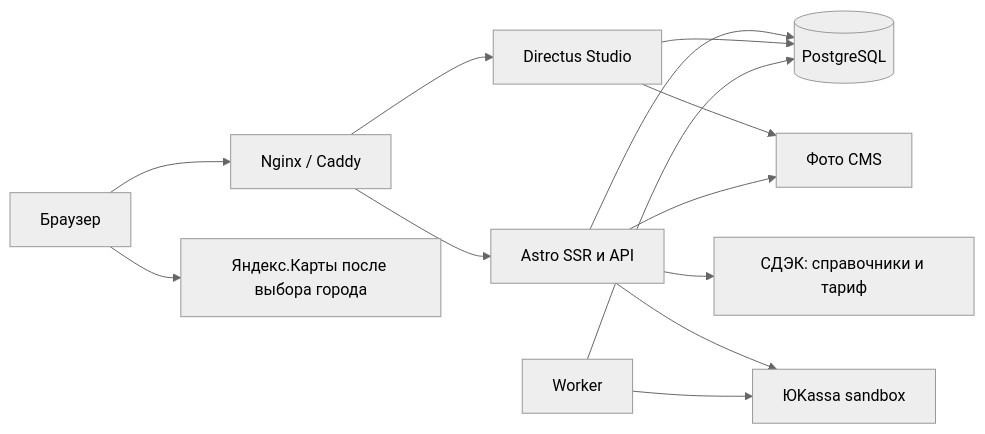
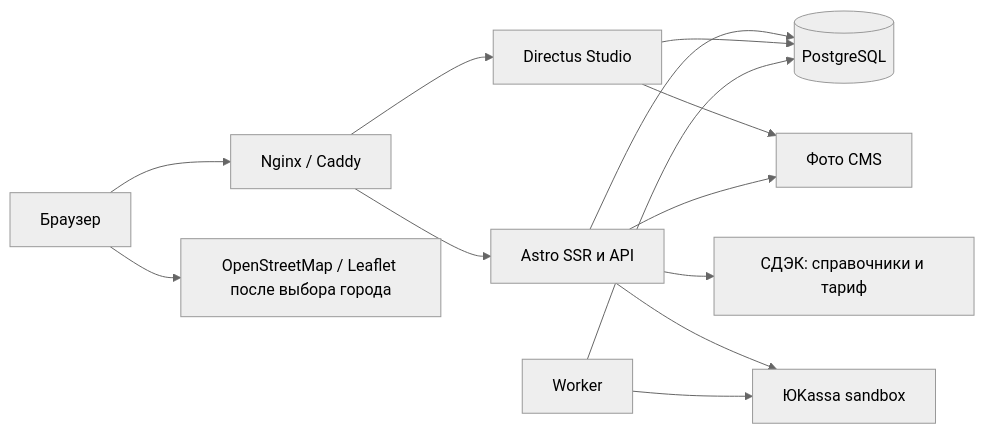
Before and after one commit to gbasyr-sketch/autoreelz: the diagram in docs/architecture.md, drawn with Mermaid (neutral theme). The commit also changed other lines of this file and 15 other files, not shown here.

Commit message:
Use OpenStreetMap for pickup points and verify staging configuration

````diff
--- a/docs/architecture.md
+++ b/docs/architecture.md
@@ -7,15 +7,15 @@
 ```mermaid
 flowchart LR
   Browser[Браузер] --> Edge[Nginx / Caddy]
   Edge --> Web[Astro SSR и API]
   Edge --> CMS[Directus Studio]
   Web --> DB[(PostgreSQL)]
   CMS --> DB
   CMS --> Uploads[Фото CMS]
   Web --> Uploads
   Worker[Worker] --> DB
   Web --> CDEK[СДЭК: справочники и тариф]
   Web --> Yoo[ЮKassa sandbox]
   Worker --> Yoo
-  Browser --> Maps[Яндекс.Карты после выбора города]
+  Browser --> Maps[OpenStreetMap / Leaflet после выбора города]
 ```
````
